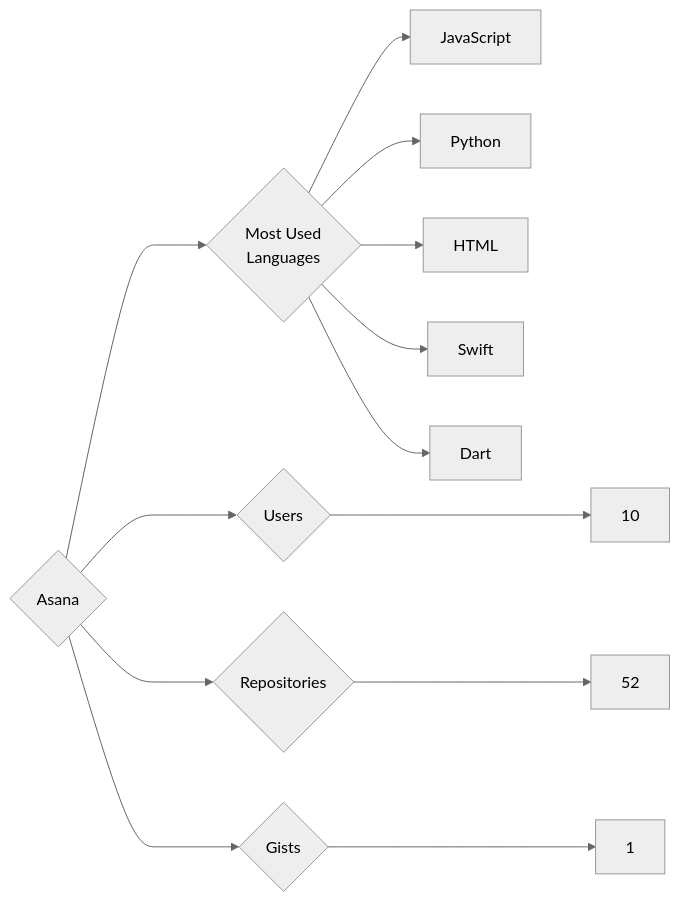
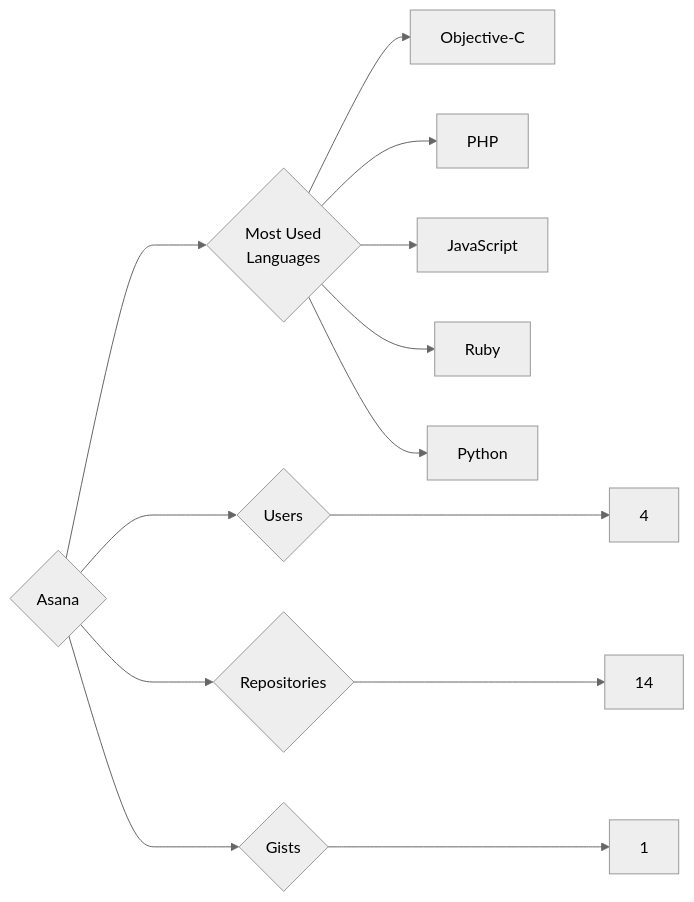
The diagram in targets/Asana/README.md (trickest/insiders), drawn with Mermaid (neutral theme) before and after one commit. The commit also changed 1141 other files, not shown here.

````diff
--- a/targets/Asana/README.md
+++ b/targets/Asana/README.md
@@ -3,13 +3,13 @@
 ```mermaid
 graph LR
 COMPANY_NAME{Asana}
-COMPANY_NAME ---> U{Users} ---> UN[10]
-COMPANY_NAME ---> R{Repositories} ---> RN[52]
+COMPANY_NAME ---> U{Users} ---> UN[4]
+COMPANY_NAME ---> R{Repositories} ---> RN[14]
 COMPANY_NAME ---> G{Gists} ---> GN[1]
 COMPANY_NAME ---> ML{Most Used<br>Languages}
+ML --> Objective-C[Objective-C]
+ML --> PHP[PHP]
 ML --> JavaScript[JavaScript]
+ML --> Ruby[Ruby]
 ML --> Python[Python]
-ML --> HTML[HTML]
-ML --> Swift[Swift]
-ML --> Dart[Dart]
 ```
````
